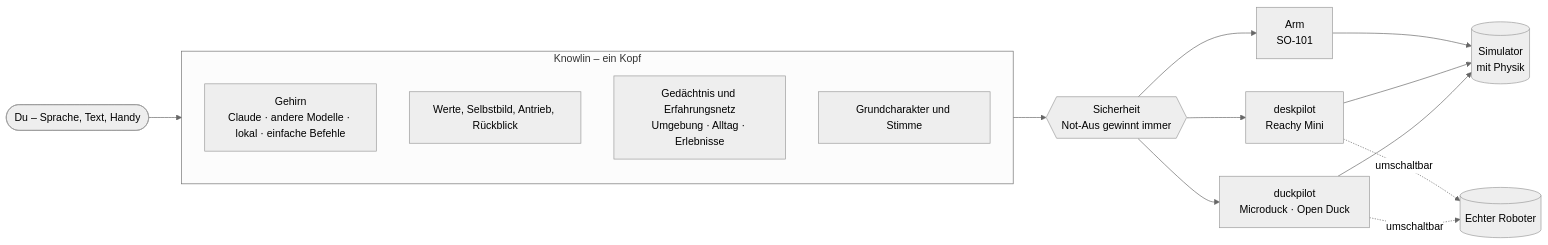
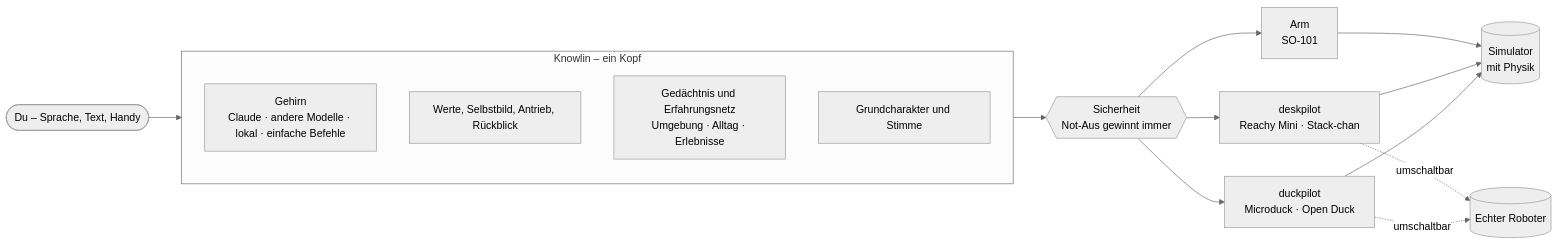
Before and after one commit to knowlin-ai/knowlin: the diagram in README.md, drawn with Mermaid (neutral theme). The commit also changed other lines of this file and 11 other files, not shown here.

First line of the commit message:
Stack-chan: Website, README, Handbuch, Abnahme (Zwischenstand)

````diff
--- a/README.md
+++ b/README.md
@@ -126,20 +128,20 @@
 ```mermaid
 flowchart LR
   Mensch(["Du – Sprache, Text, Handy"]) --> Kopf
   subgraph Kopf["Knowlin – ein Kopf"]
     direction TB
     Gehirn["Gehirn<br/>Claude · andere Modelle · lokal · einfache Befehle"]
     Werte["Werte, Selbstbild, Antrieb, Rückblick"]
     Wissen["Gedächtnis und Erfahrungsnetz<br/>Umgebung · Alltag · Erlebnisse"]
     Charakter["Grundcharakter und Stimme"]
   end
   Kopf --> Sicherheit{{"Sicherheit<br/>Not-Aus gewinnt immer"}}
   Sicherheit --> Q["duckpilot<br/>Microduck · Open Duck"]
-  Sicherheit --> R["deskpilot<br/>Reachy Mini"]
+  Sicherheit --> R["deskpilot<br/>Reachy Mini · Stack-chan"]
   Sicherheit --> A["Arm<br/>SO-101"]
   Q --> Sim[("Simulator<br/>mit Physik")]
   R --> Sim
   A --> Sim
   Q -. "umschaltbar" .-> Echt[("Echter Roboter")]
   R -. "umschaltbar" .-> Echt
 ```
````
